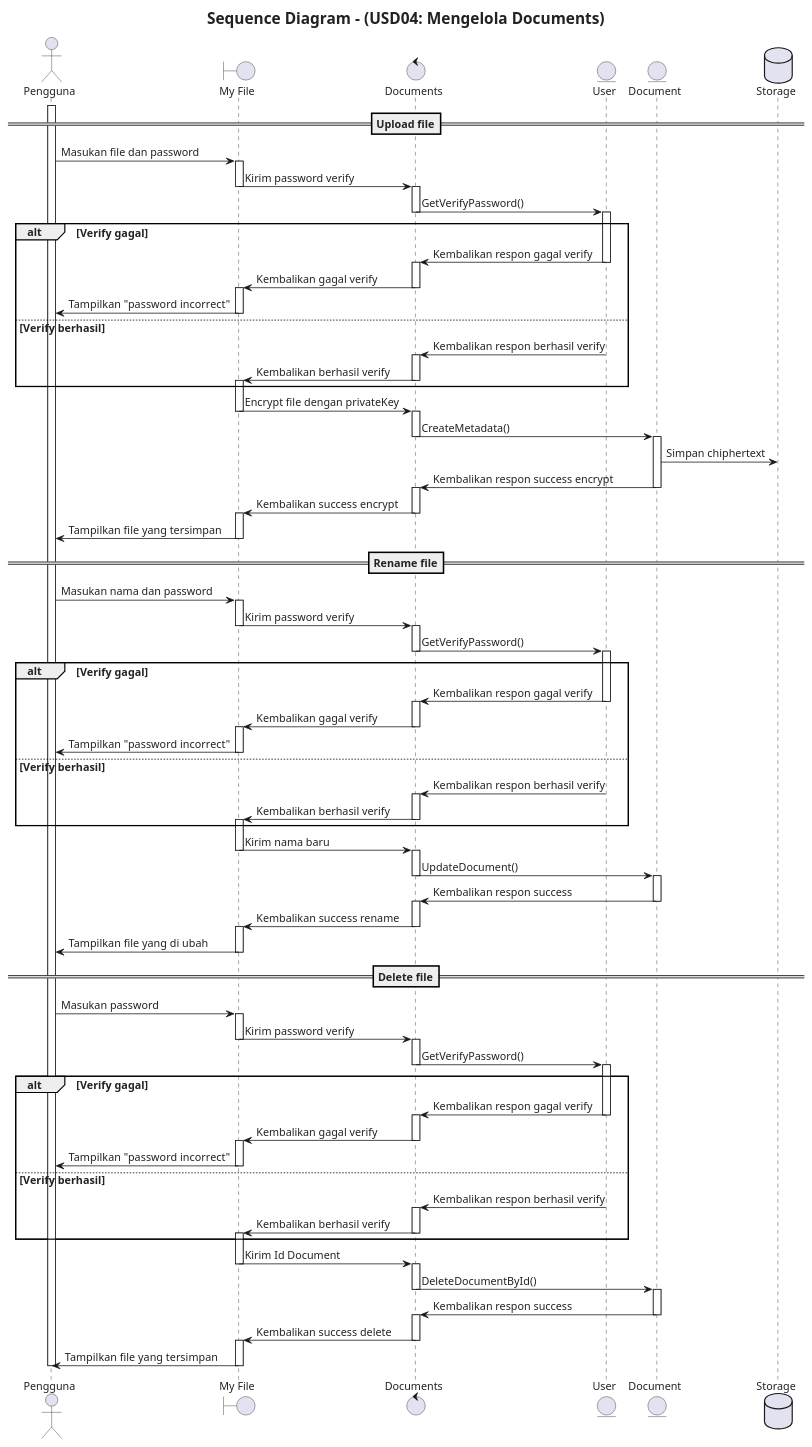
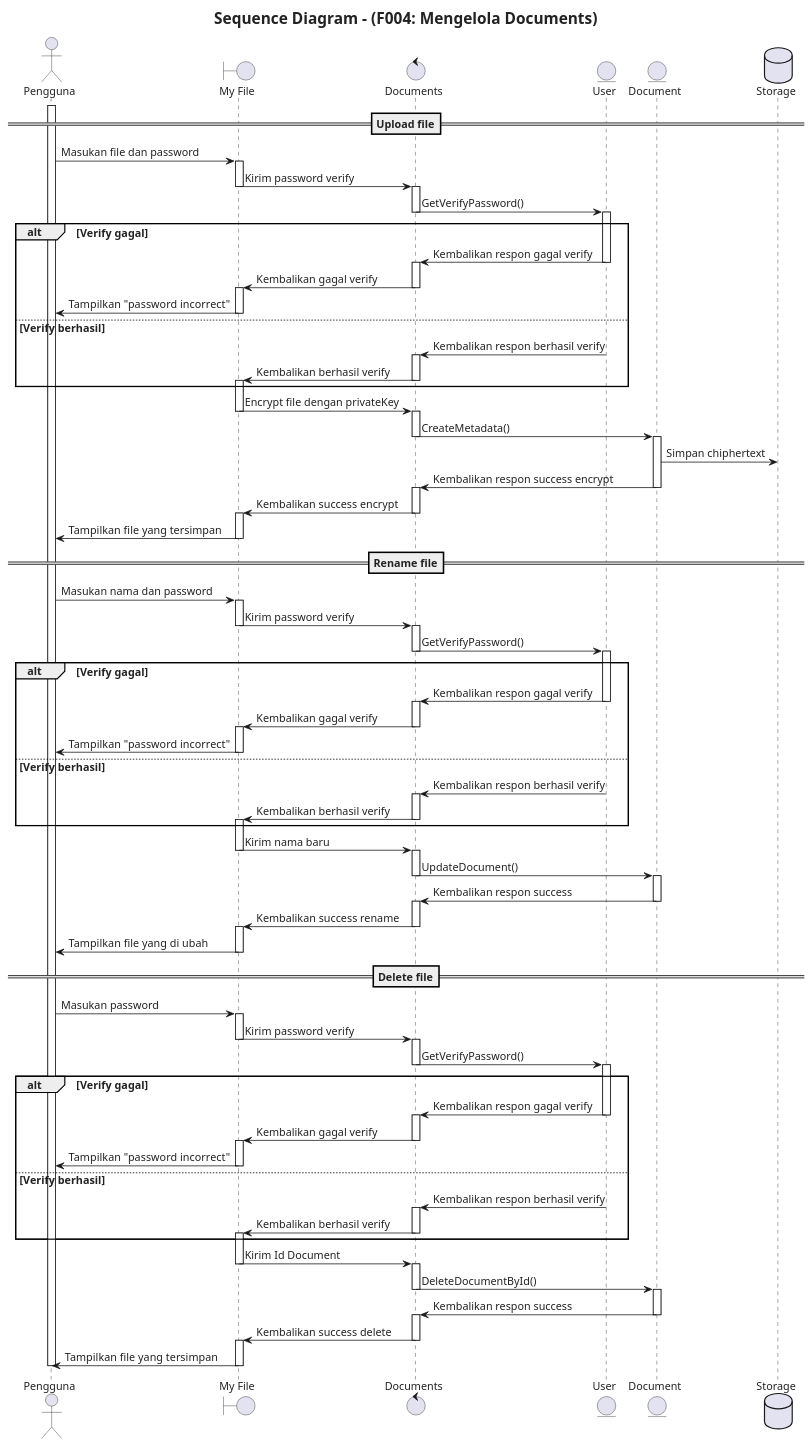
Before and after one commit to syafiq-ubay/walldoc-plantUML: the diagram in sequence-diagram/04_Mengelola document.puml, drawn with PlantUML. The commit also changed 12 other files, not shown here.

Commit message:
fix code sequence diagram

```diff
--- a/sequence-diagram/04_Mengelola document.puml
+++ b/sequence-diagram/04_Mengelola document.puml
@@ -1,141 +1,141 @@
 @startuml
 skinparam defaultFontName "JetBrains Mono"
 skinparam defaultFontSize 14
 skinparam defaultFontColor #222222
 skinparam titleFontSize 20
-title Sequence Diagram - (USD04: Mengelola Documents)
+title Sequence Diagram - (F004: Mengelola Documents)
 
 actor Pengguna as User
 boundary "My File" as View
 control "Documents" as System
 entity "User" as DB
 entity "Document" as DB2
 database "Storage" as Storage
 
 ==Upload file==
 activate User
 User -> View: Masukan file dan password
 activate View
 View -> System: Kirim password verify
 deactivate View
 activate System
 System -> DB: GetVerifyPassword()
 deactivate System
 alt Verify gagal
     activate DB
     DB -> System: Kembalikan respon gagal verify
     deactivate DB
     activate System
     System -> View: Kembalikan gagal verify
     deactivate System
     activate View
     View -> User: Tampilkan "password incorrect"
     deactivate View
 else Verify berhasil
     DB -> System: Kembalikan respon berhasil verify
     deactivate DB
     activate System
     System -> View: Kembalikan berhasil verify
     deactivate System
     activate View
 end
 View -> System: Encrypt file dengan privateKey
 deactivate View
 activate System
 System -> DB2: CreateMetadata()
 deactivate System
 activate DB2
 DB2 -> Storage: Simpan chiphertext
 DB2 -> System: Kembalikan respon success encrypt
 deactivate DB2
 activate System
 System -> View: Kembalikan success encrypt 
 deactivate System
 activate View
 View -> User: Tampilkan file yang tersimpan
 deactivate View
 
 ==Rename file==
 User -> View: Masukan nama dan password
 activate View
 View -> System: Kirim password verify
 deactivate View
 activate System
 System -> DB: GetVerifyPassword()
 deactivate System
 alt Verify gagal
     activate DB
     DB -> System: Kembalikan respon gagal verify
     deactivate DB
     activate System
     System -> View: Kembalikan gagal verify
     deactivate System
     activate View
     View -> User: Tampilkan "password incorrect"
     deactivate View
 else Verify berhasil
     DB -> System: Kembalikan respon berhasil verify
     deactivate DB
     activate System
     System -> View: Kembalikan berhasil verify
     deactivate System
     activate View
 end
 View -> System: Kirim nama baru
 deactivate View
 activate System
 System -> DB2: UpdateDocument()
 deactivate System
 activate DB2
 DB2 -> System: Kembalikan respon success
 deactivate DB2
 activate System
 System -> View: Kembalikan success rename
 deactivate System
 activate View
 View -> User: Tampilkan file yang di ubah
 deactivate View
 
 ==Delete file==
 User -> View: Masukan password
 activate View
 View -> System: Kirim password verify
 deactivate View
 activate System
 System -> DB: GetVerifyPassword()
 deactivate System
 alt Verify gagal
     activate DB
     DB -> System: Kembalikan respon gagal verify
     deactivate DB
     activate System
     System -> View: Kembalikan gagal verify
     deactivate System
     activate View
     View -> User: Tampilkan "password incorrect"
     deactivate View
 else Verify berhasil
     DB -> System: Kembalikan respon berhasil verify
     deactivate DB
     activate System
     System -> View: Kembalikan berhasil verify
     deactivate System
     activate View
 end
 View -> System: Kirim Id Document
 deactivate View
 activate System
 System -> DB2: DeleteDocumentById()
 deactivate System
 activate DB2
 DB2 -> System: Kembalikan respon success
 deactivate DB2
 activate System
 System -> View: Kembalikan success delete
 deactivate System
 activate View
 View -> User: Tampilkan file yang tersimpan
 deactivate View
 
 deactivate User
 @enduml
```
